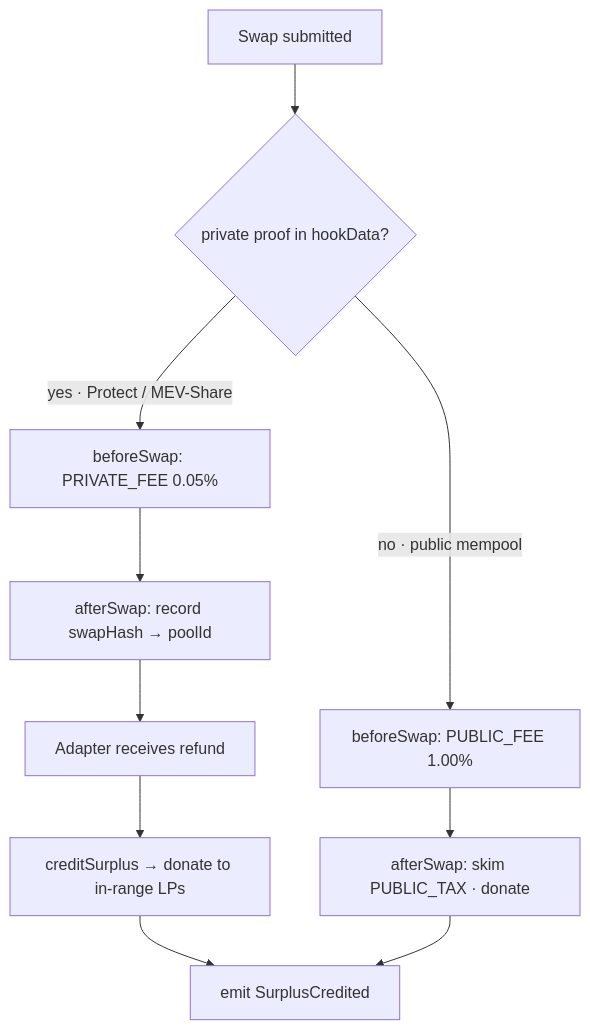
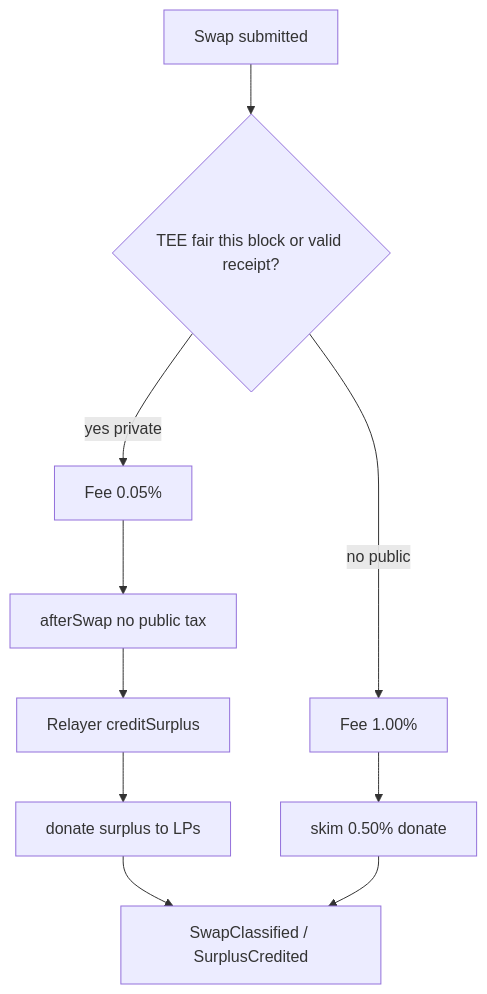
Before and after one commit to Najnomics/surplus-sink: the first of 3 diagrams in README.md, drawn with Mermaid. The commit also changed other lines of this file, not shown here.

Commit message:
Expand the README with idea, flow, deployments, integrations, and the business case.

````diff
--- a/README.md
+++ b/README.md
@@ -48,12 +51,12 @@
 ```mermaid
 flowchart TD
-    A[Swap submitted] --> B{private proof in hookData?}
-    B -- "yes · Protect / MEV-Share" --> C["beforeSwap: PRIVATE_FEE 0.05%"]
-    C --> D[afterSwap: record swapHash → poolId]
-    D --> E[Adapter receives refund]
-    E --> F["creditSurplus → donate to in-range LPs"]
-    B -- "no · public mempool" --> G["beforeSwap: PUBLIC_FEE 1.00%"]
-    G --> H["afterSwap: skim PUBLIC_TAX · donate"]
-    F --> I[emit SurplusCredited]
+    A[Swap submitted] --> B{TEE fair this block or valid receipt?}
+    B -->|yes private| C[Fee 0.05%]
+    C --> D[afterSwap no public tax]
+    D --> E[Relayer creditSurplus]
+    E --> F[donate surplus to LPs]
+    B -->|no public| G[Fee 1.00%]
+    G --> H[skim 0.50% donate]
+    F --> I[SwapClassified / SurplusCredited]
     H --> I
 ```
````
